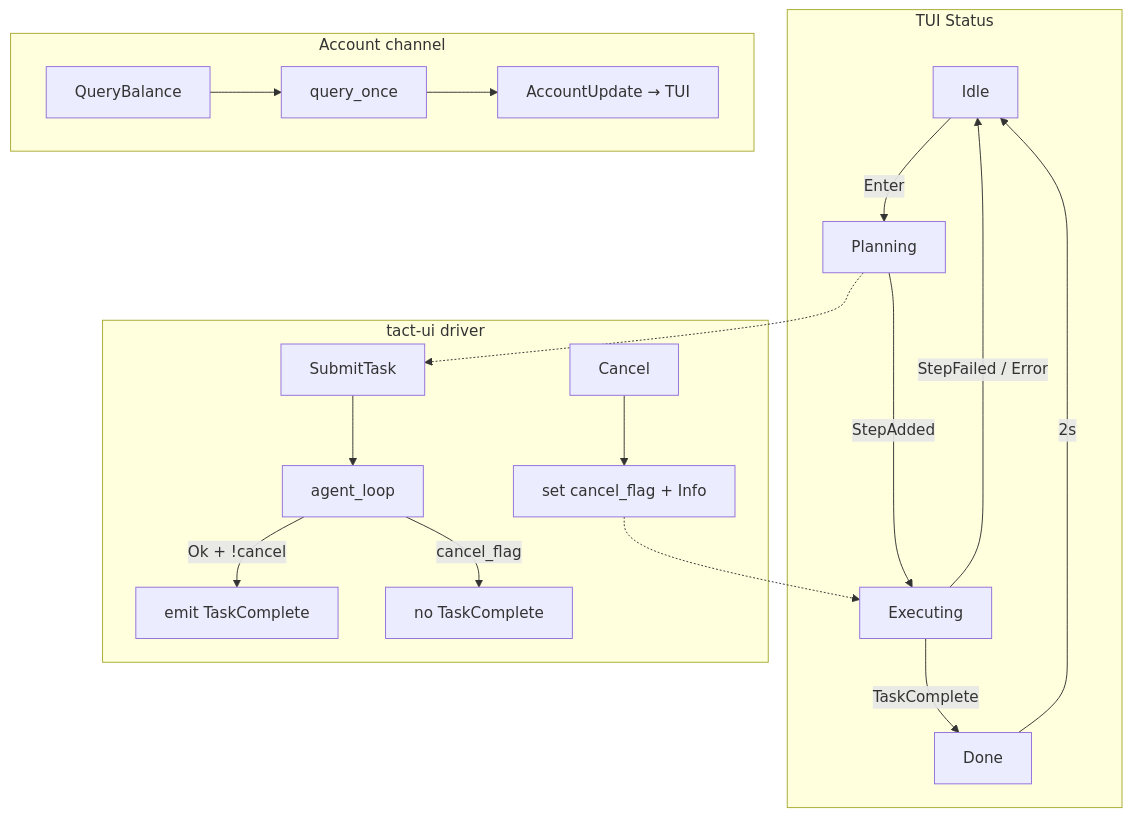
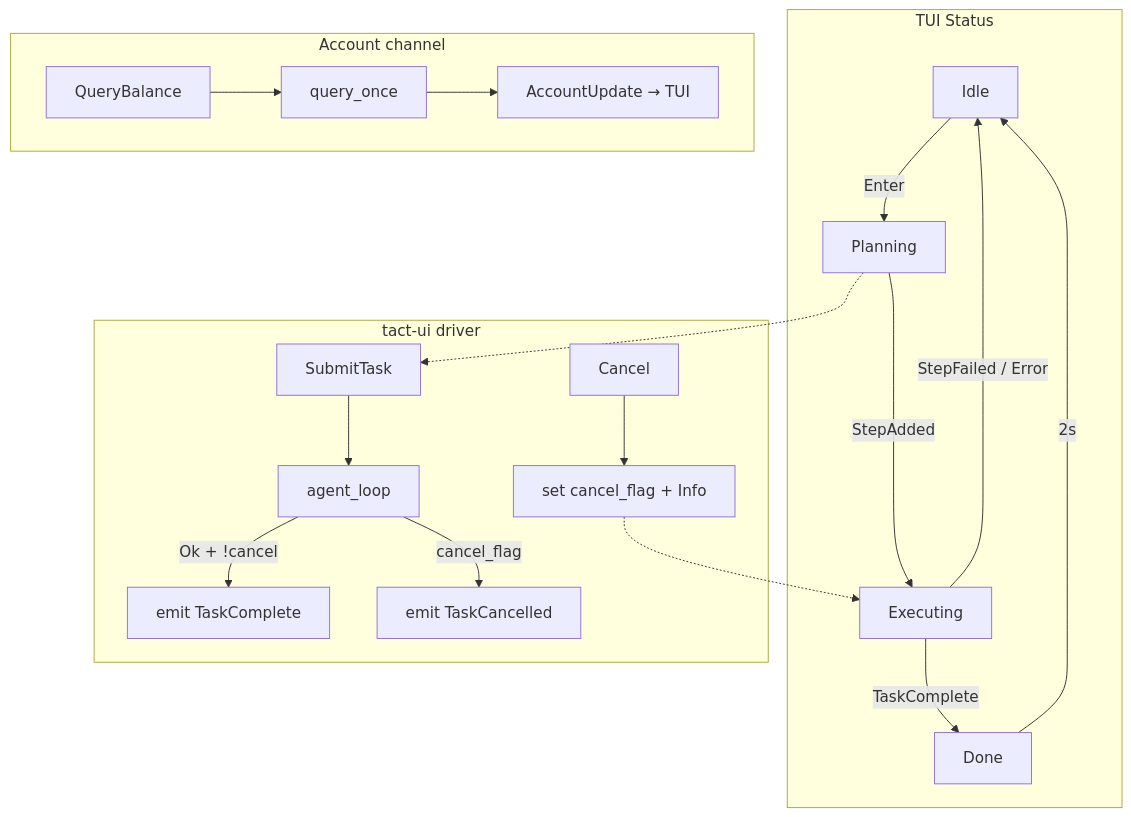
One commit to rust-infra/tact changed the eighth of 9 diagrams in book/25_chapter_protocol.md. Above: the diagram before and after it, drawn with Mermaid. The commit also changed other lines of this file and 190 other files, not shown here.

````diff
--- a/book/25_chapter_protocol.md
+++ b/book/25_chapter_protocol.md
@@ -302,25 +327,25 @@
 ```mermaid
 flowchart TB
     subgraph tui["TUI Status"]
         I[Idle] -->|Enter| P[Planning]
         P -->|StepAdded| E[Executing]
         E -->|TaskComplete| D[Done]
         D -->|2s| I
         E -->|StepFailed / Error| I
     end
 
     subgraph driver["tact-ui driver"]
         ST[SubmitTask] --> AL[agent_loop]
         AL -->|Ok + !cancel| TC[emit TaskComplete]
-        AL -->|cancel_flag| X[no TaskComplete]
+        AL -->|cancel_flag| XC[emit TaskCancelled]
         CN[Cancel] --> CF[set cancel_flag + Info]
     end
 
     subgraph account["Account channel"]
         QB[QueryBalance] --> QO[query_once]
         QO --> AU[AccountUpdate → TUI]
     end
 
     P -.-> ST
     CF -.-> E
 ```
````
